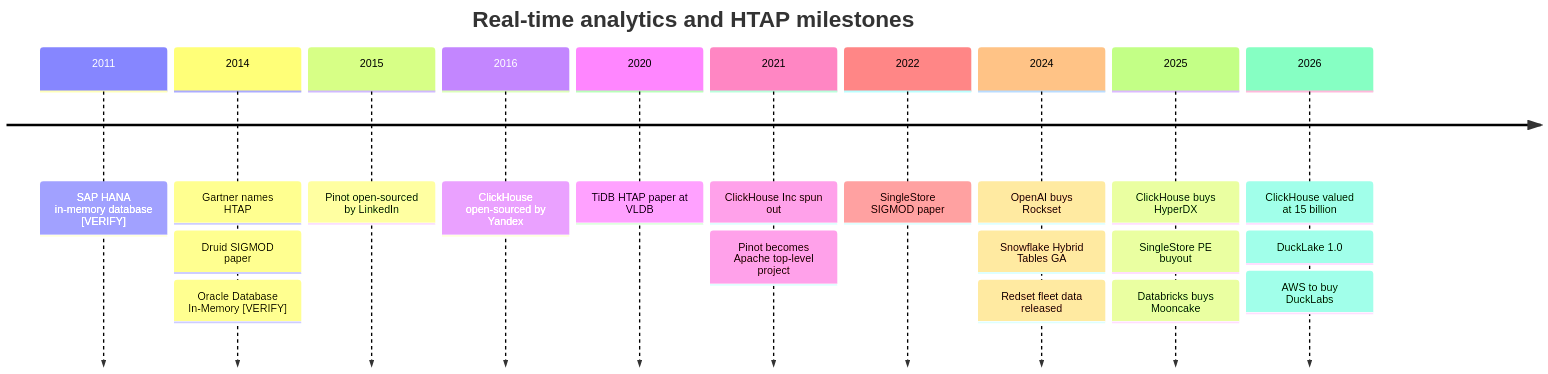
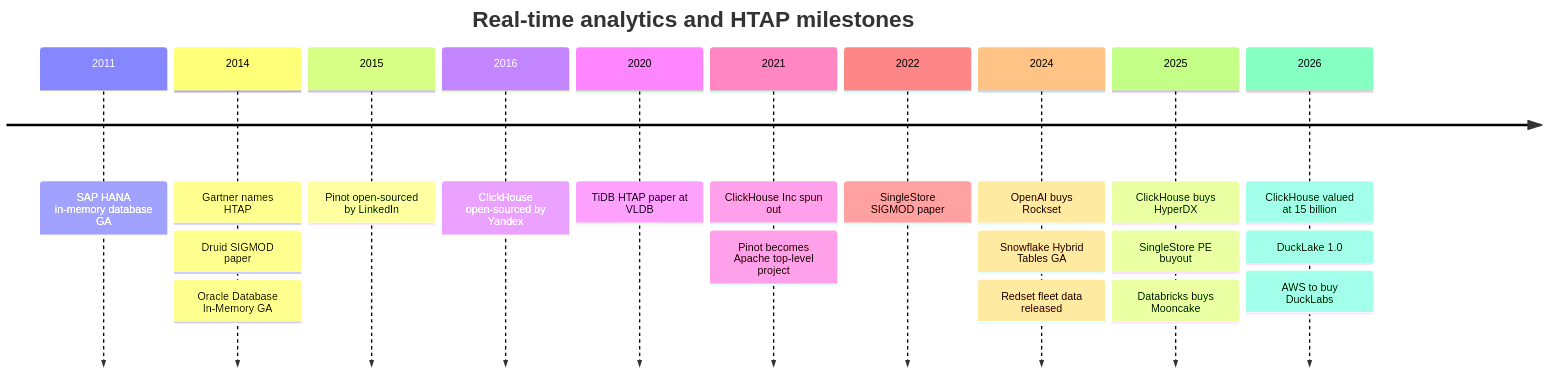
The fifth of 5 diagrams in docs/03-ai-data-stack/ch23-real-time-analytics-htap.md (FrankHuang94/data_tech_db_claude), drawn with Mermaid before and after one commit. The commit also changed other lines of this file and 21 other files, not shown here.

````diff
--- a/docs/03-ai-data-stack/ch23-real-time-analytics-htap.md
+++ b/docs/03-ai-data-stack/ch23-real-time-analytics-htap.md
@@ -230,14 +230,14 @@
 ```mermaid
 timeline
     title Real-time analytics and HTAP milestones
-    2011 : SAP HANA in-memory database [VERIFY]
-    2014 : Gartner names HTAP : Druid SIGMOD paper : Oracle Database In-Memory [VERIFY]
+    2011 : SAP HANA in-memory database GA
+    2014 : Gartner names HTAP : Druid SIGMOD paper : Oracle Database In-Memory GA
     2015 : Pinot open-sourced by LinkedIn
     2016 : ClickHouse open-sourced by Yandex
     2020 : TiDB HTAP paper at VLDB
     2021 : ClickHouse Inc spun out : Pinot becomes Apache top-level project
     2022 : SingleStore SIGMOD paper
     2024 : OpenAI buys Rockset : Snowflake Hybrid Tables GA : Redset fleet data released
     2025 : ClickHouse buys HyperDX : SingleStore PE buyout : Databricks buys Mooncake
     2026 : ClickHouse valued at 15 billion : DuckLake 1.0 : AWS to buy DuckLabs
 ```
````
